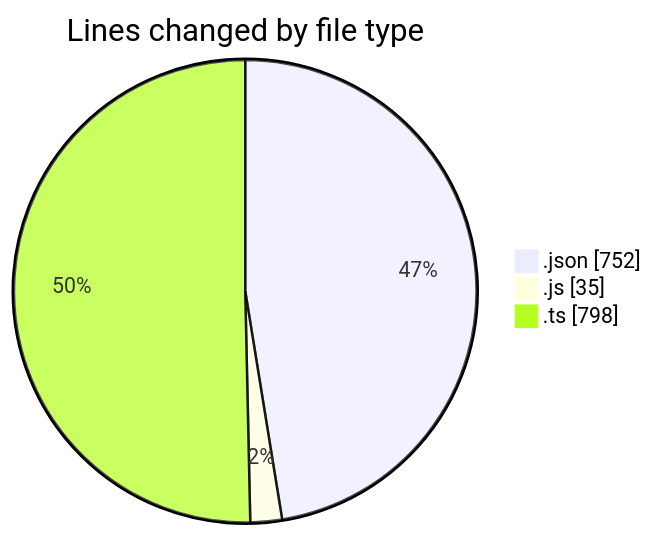
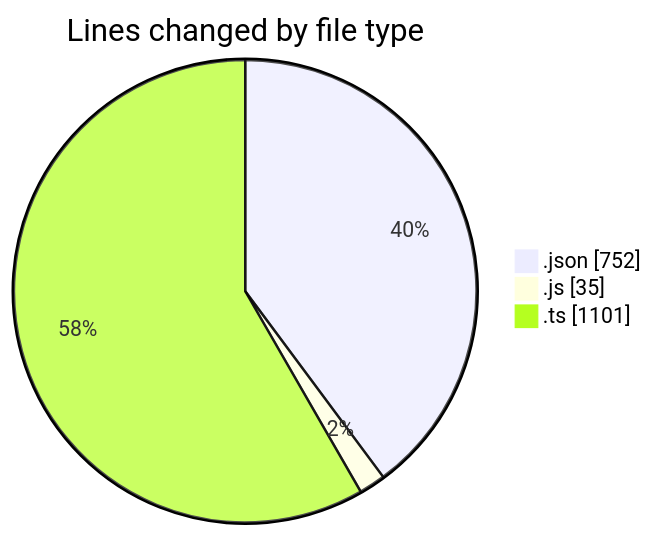
Before and after one commit to momahboobian/code-tracking: the first of 2 diagrams in 2026-05-21/cda/README.md, drawn with Mermaid. The commit also changed other lines of this file and 1 other file, not shown here.

````diff
--- a/2026-05-21/cda/README.md
+++ b/2026-05-21/cda/README.md
@@ -28,7 +30,7 @@
 ```mermaid
 pie showData
 title Lines changed by file type
 ".json" : 752
 ".js" : 35
-".ts" : 798
+".ts" : 1101
 ```
````
